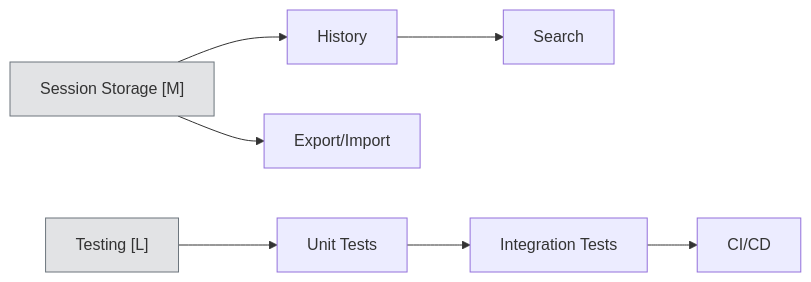
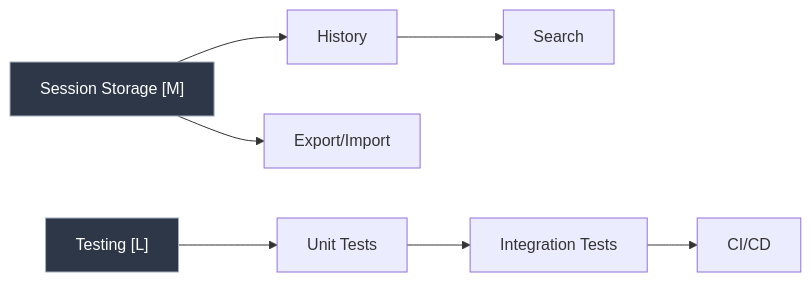
The third of 8 diagrams in ROADMAP.md (Miguel-EpicJS/ash-cli), drawn with Mermaid before and after one commit. The commit also changed other lines of this file, not shown here.

````diff
--- a/ROADMAP.md
+++ b/ROADMAP.md
@@ -126,13 +126,13 @@
 ```mermaid
 flowchart LR
     A0["Session Storage [M]"] --> A1[History]
     A1 --> A2[Search]
     A0 --> A3[Export/Import]
     
     B0["Testing [L]"] --> B1[Unit Tests]
     B1 --> B2[Integration Tests]
     B2 --> B3[CI/CD]
     
-    style A0 fill:#e2e3e5,stroke:#6c757d
-    style B0 fill:#e2e3e5,stroke:#6c757d
+    style A0 fill:#2d3748,stroke:#a0aec0,color:#fff
+    style B0 fill:#2d3748,stroke:#a0aec0,color:#fff
 ```
````
